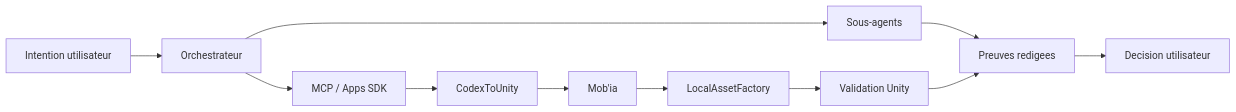
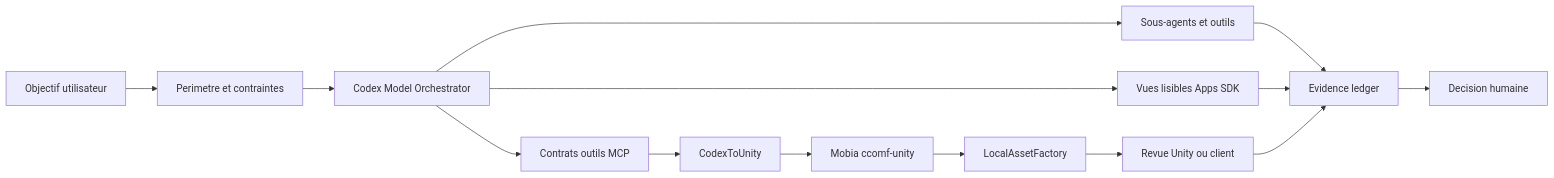
The second of 2 diagrams in docs/ecosystem-map.md (charli-dev420/presentation-projet-agentic), drawn with Mermaid before and after one commit. The commit also changed other lines of this file and 34 other files, not shown here.

````diff
--- a/docs/ecosystem-map.md
+++ b/docs/ecosystem-map.md
@@ -14,13 +65,16 @@
 ```mermaid
 flowchart LR
-    A[Intention utilisateur] --> B[Orchestrateur]
-    B --> C[Sous-agents]
-    B --> D[MCP / Apps SDK]
-    D --> E[CodexToUnity]
-    E --> F[Mob'ia]
-    F --> G[LocalAssetFactory]
-    G --> H[Validation Unity]
-    C --> I[Preuves redigees]
-    H --> I
-    I --> J[Decision utilisateur]
+    A[Objectif utilisateur] --> B[Perimetre et contraintes]
+    B --> C[Codex Model Orchestrator]
+    C --> D[Sous-agents et outils]
+    C --> E[Contrats outils MCP]
+    C --> F[Vues lisibles Apps SDK]
+    E --> G[CodexToUnity]
+    G --> H[Mobia ccomf-unity]
+    H --> I[LocalAssetFactory]
+    I --> J[Revue Unity ou client]
+    D --> K[Evidence ledger]
+    F --> K
+    J --> K
+    K --> L[Decision humaine]
 ```
````
